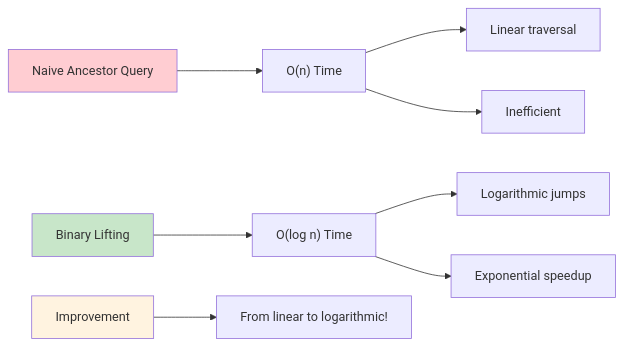
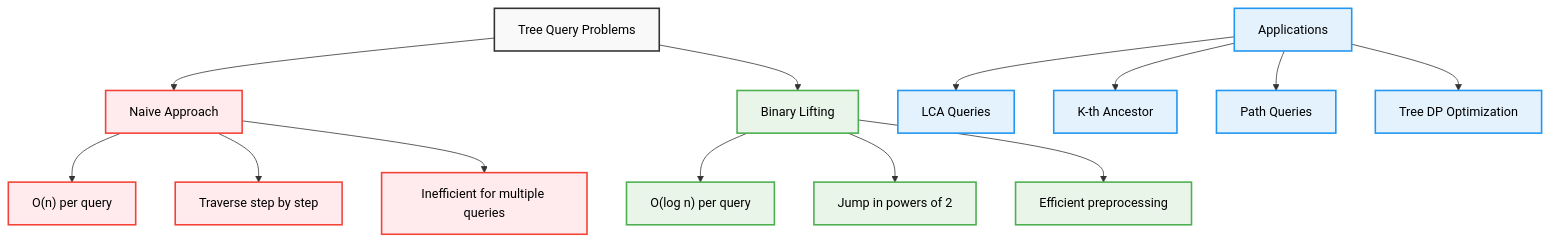
Before and after one commit to AbhishekGiri04/CodeVault: the first of 4 diagrams in concepts/binary-lifting.md, drawn with Mermaid. The commit also changed other lines of this file, not shown here.

Commit message:
Complete binary lifting guide with professional images and comprehensive coverage

````diff
--- a/concepts/binary-lifting.md
+++ b/concepts/binary-lifting.md
@@ -42,17 +36,26 @@
 ```mermaid
-flowchart LR
-    A["Naive Ancestor Query"] --> B["O(n) Time"]
-    C["Binary Lifting"] --> D["O(log n) Time"]
+flowchart TD
+    A["Tree Query Problems"] --> B["Naive Approach"]
+    A --> C["Binary Lifting"]
     
-    B --> E["Linear traversal"]
-    B --> F["Inefficient"]
+    B --> D["O(n) per query"]
+    B --> E["Traverse step by step"]
+    B --> F["Inefficient for multiple queries"]
     
-    D --> G["Logarithmic jumps"]
-    D --> H["Exponential speedup"]
+    C --> G["O(log n) per query"]
+    C --> H["Jump in powers of 2"]
+    C --> I["Efficient preprocessing"]
     
-    I["Improvement"] --> J["From linear to logarithmic!"]
+    J["Applications"] --> K["LCA Queries"]
+    J --> L["K-th Ancestor"]
+    J --> M["Path Queries"]
+    J --> N["Tree DP Optimization"]
     
-    style A fill:#ffcdd2
-    style C fill:#c8e6c9
-    style I fill:#fff3e0
+    classDef default fill:#f9f9f9,stroke:#333,stroke-width:2px,color:#000
+    classDef naive fill:#ffebee,stroke:#f44336,stroke-width:2px,color:#000
+    classDef efficient fill:#e8f5e8,stroke:#4caf50,stroke-width:2px,color:#000
+    classDef applications fill:#e3f2fd,stroke:#2196f3,stroke-width:2px,color:#000
+    class B,D,E,F naive
+    class C,G,H,I efficient
+    class J,K,L,M,N applications
 ```
````
